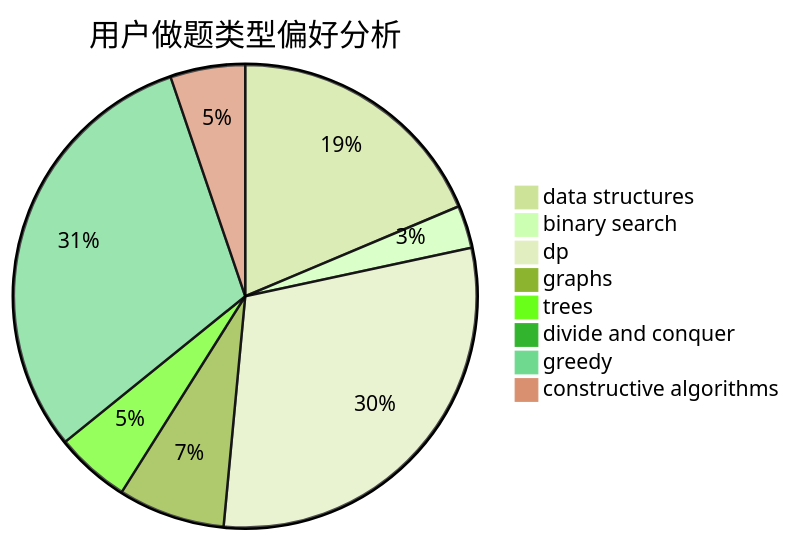
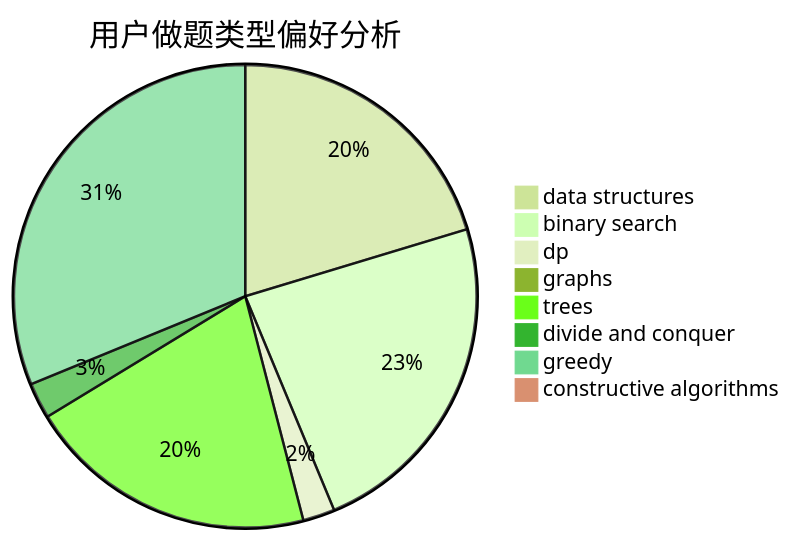
Before and after one commit to sherpahu/cfrs.github.io: the second of 3 diagrams in docs/user/u1077.md, drawn with Mermaid (forest theme). The commit also changed other lines of this file and 2770 other files, not shown here.

````diff
--- a/docs/user/u1077.md
+++ b/docs/user/u1077.md
@@ -23,11 +23,11 @@
 ```mermaid
 pie title 用户做题类型偏好分析
-    "data structures" :  25
-    "binary search" :  4
-    "dp" :  40
-    "graphs" :  10
-    "trees" :  7
-    "divide and conquer" :  0
-    "greedy" :  41
-    "constructive algorithms" :  7
+    "data structures" :  73
+    "binary search" :  84
+    "dp" :  8
+    "graphs" :  0
+    "trees" :  73
+    "divide and conquer" :  9
+    "greedy" :  112
+    "constructive algorithms" :  0
 ```
````
